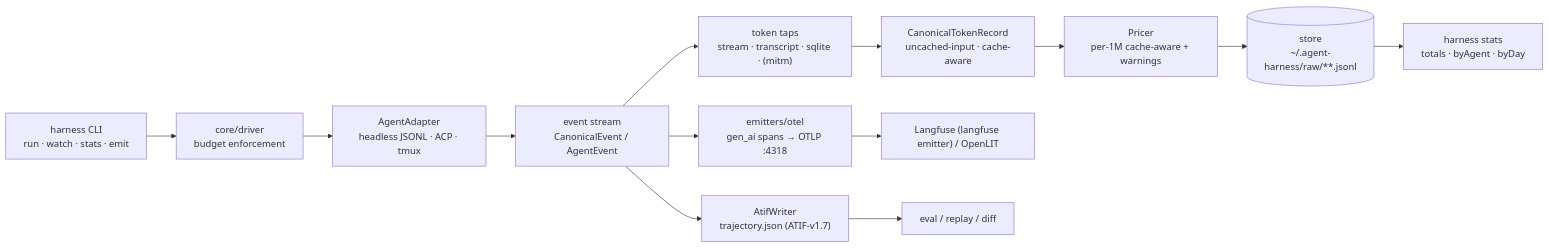
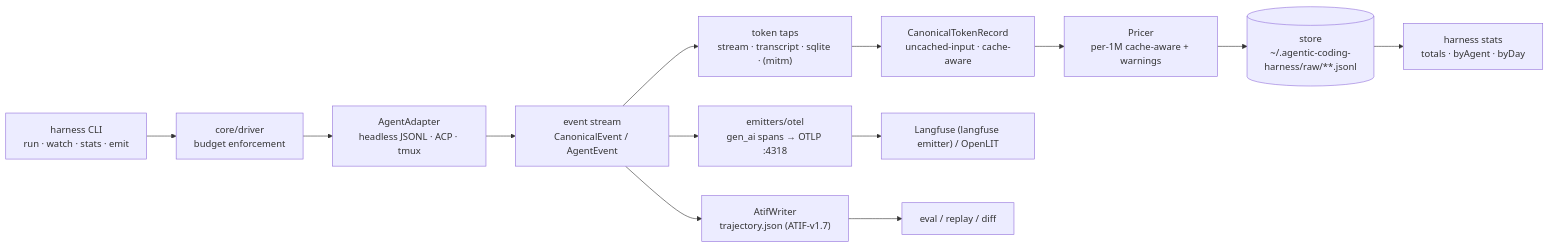
One commit to sblattj/agentic-coding-harness changed the diagram in docs/ARCHITECTURE.md. Above: the diagram before and after it, drawn with Mermaid. The commit also changed other lines of this file and 216 other files, not shown here.

First line of the commit message:
refactor!: rename agent-harness -> agentic-coding-harness, binary -> ach

````diff
--- a/docs/ARCHITECTURE.md
+++ b/docs/ARCHITECTURE.md
@@ -234,15 +234,15 @@
 ```mermaid
 flowchart LR
     CLI["harness CLI<br/>run · watch · stats · emit"] --> DRV["core/driver<br/>budget enforcement"]
     DRV --> ADP["AgentAdapter<br/>headless JSONL · ACP · tmux"]
     ADP --> EVT["event stream<br/>CanonicalEvent / AgentEvent"]
     EVT --> NORM["token taps<br/>stream · transcript · sqlite · (mitm)"]
     NORM --> CANON["CanonicalTokenRecord<br/>uncached-input · cache-aware"]
     CANON --> PRICE["Pricer<br/>per-1M cache-aware + warnings"]
     EVT --> ATIF["AtifWriter<br/>trajectory.json (ATIF-v1.7)"]
     EVT --> OTEL["emitters/otel<br/>gen_ai spans → OTLP :4318"]
-    PRICE --> STORE[("store<br/>~/.agent-harness/raw/**.jsonl")]
+    PRICE --> STORE[("store<br/>~/.agentic-coding-harness/raw/**.jsonl")]
     OTEL --> SINKS["Langfuse (langfuse emitter) / OpenLIT"]
     STORE --> STATS["harness stats<br/>totals · byAgent · byDay"]
     ATIF --> EVAL["eval / replay / diff"]
 ```
````
